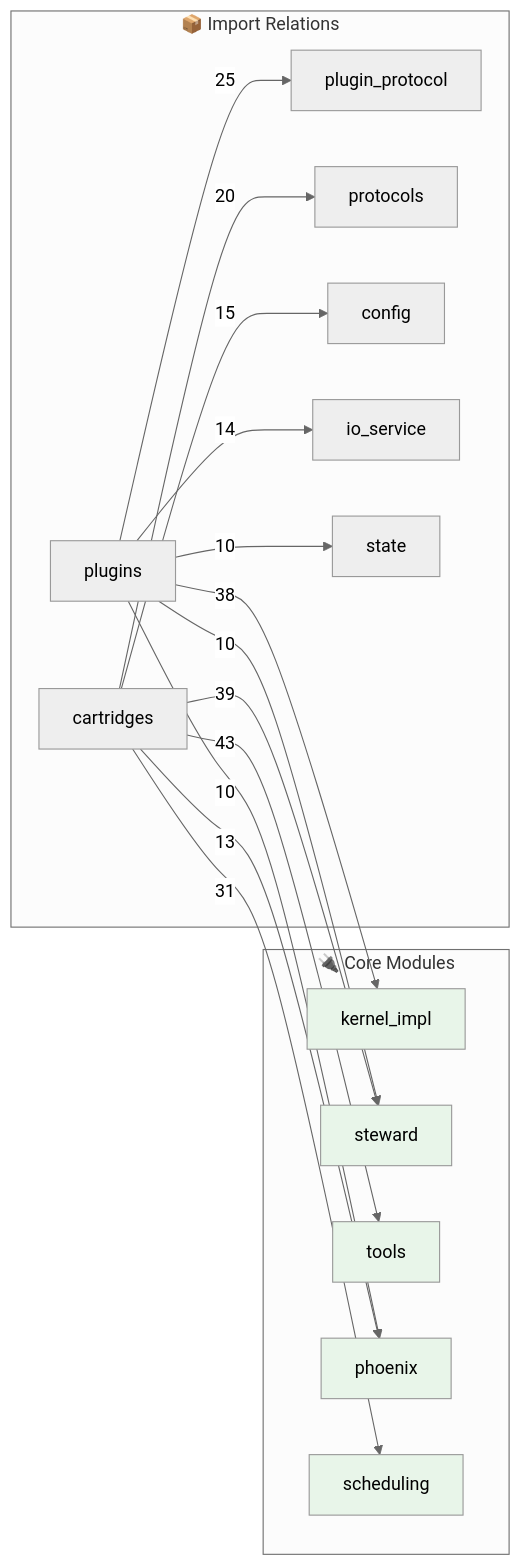
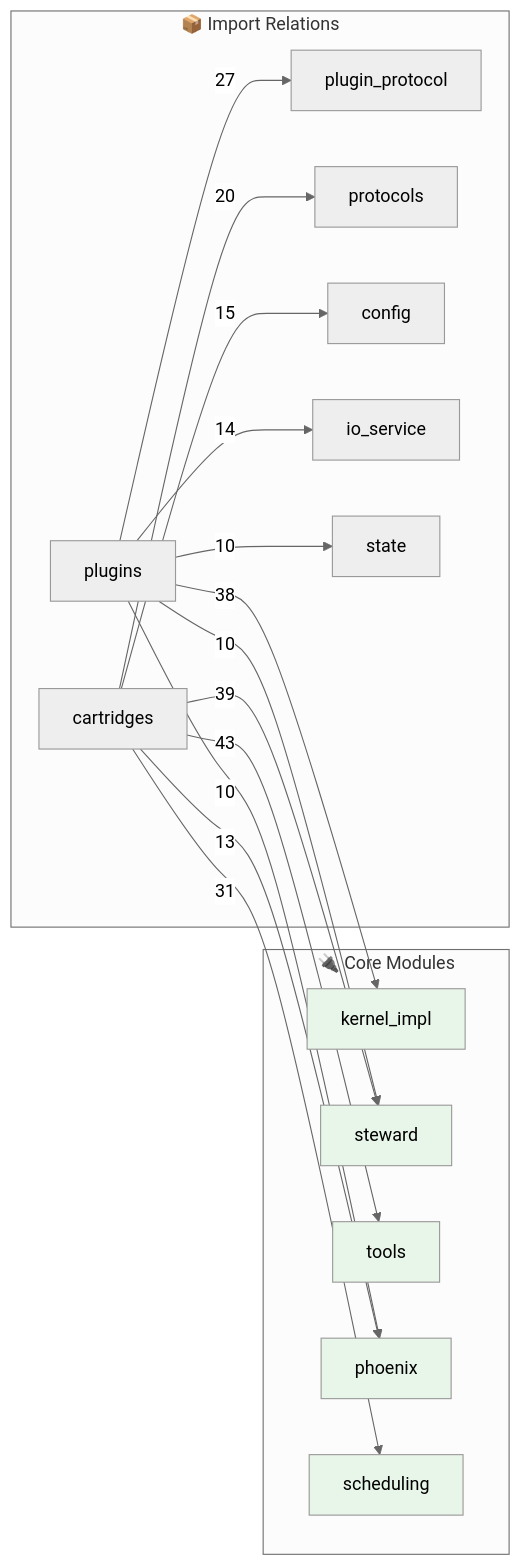
Before and after one commit to kimeisele/steward-protocol: the second of 2 diagrams in OPUS.md, drawn with Mermaid (neutral theme). The commit also changed other lines of this file and 16 other files, not shown here.

````diff
--- a/OPUS.md
+++ b/OPUS.md
@@ -510,31 +510,31 @@
 ```mermaid
 flowchart LR
     subgraph Core["🔌 Core Modules"]
         kernel_impl[kernel_impl]
         steward[steward]
         tools[tools]
         phoenix[phoenix]
         scheduling[scheduling]
     end
 
     subgraph Edges["📦 Import Relations"]
         cartridges -->|43| tools
         cartridges -->|39| steward
         plugins -->|38| kernel_impl
         cartridges -->|31| scheduling
-        plugins -->|25| plugin_protocol
+        plugins -->|27| plugin_protocol
         cartridges -->|20| protocols
         cartridges -->|15| config
         plugins -->|14| io_service
         cartridges -->|13| phoenix
         plugins -->|10| phoenix
         plugins -->|10| state
         plugins -->|10| steward
     end
 
     style kernel_impl fill:#e8f5e9
     style steward fill:#e8f5e9
     style tools fill:#e8f5e9
     style phoenix fill:#e8f5e9
     style scheduling fill:#e8f5e9
 ```
````
